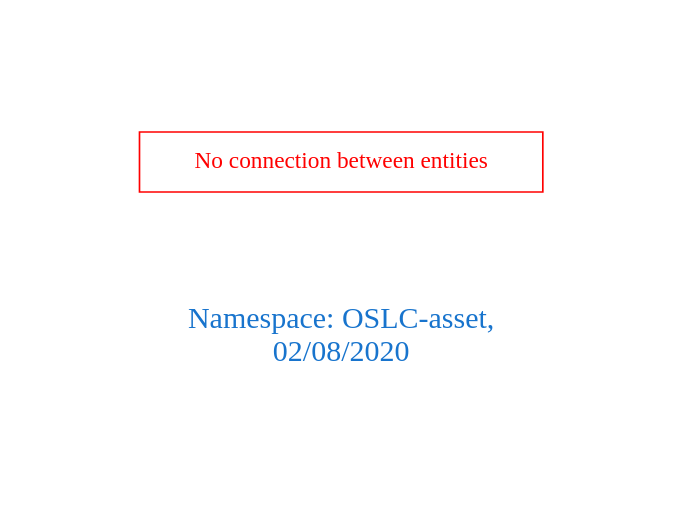
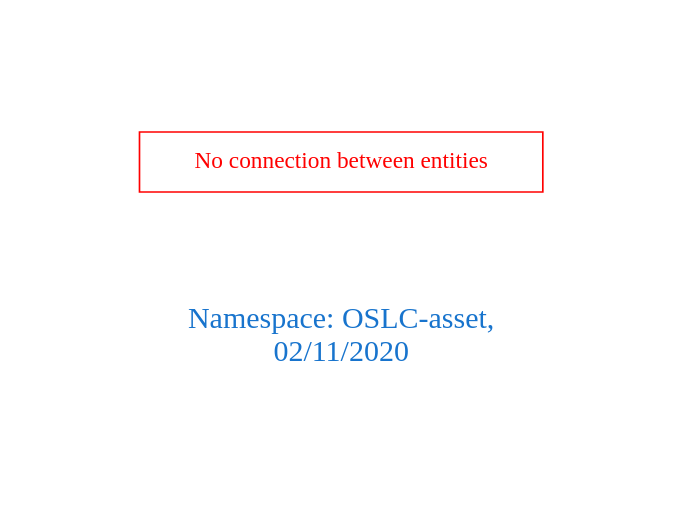
One commit to arago/OGIT changed the diagram in downloads/OSLC-asset.dot. Above: the diagram before and after it, drawn with Graphviz. The commit also changed 1693 other files, not shown here.

```diff
--- a/downloads/OSLC-asset.dot
+++ b/downloads/OSLC-asset.dot
@@ -1,9 +1,9 @@
 digraph OGIT_ontology {
  graph [ rankdir= LR,pad=1 
 fontsize = 18,
-fontcolor= dodgerblue3,label = "\n\n\nNamespace: OSLC-asset, \n 02/08/2020"];
+fontcolor= dodgerblue3,label = "\n\n\nNamespace: OSLC-asset, \n 02/11/2020"];
 node[shape=polygon];
 edge [  color="gray81"];
 
 "No connection between entities" [fontcolor = "red",color="red", shape="polygon"]
 }
```
